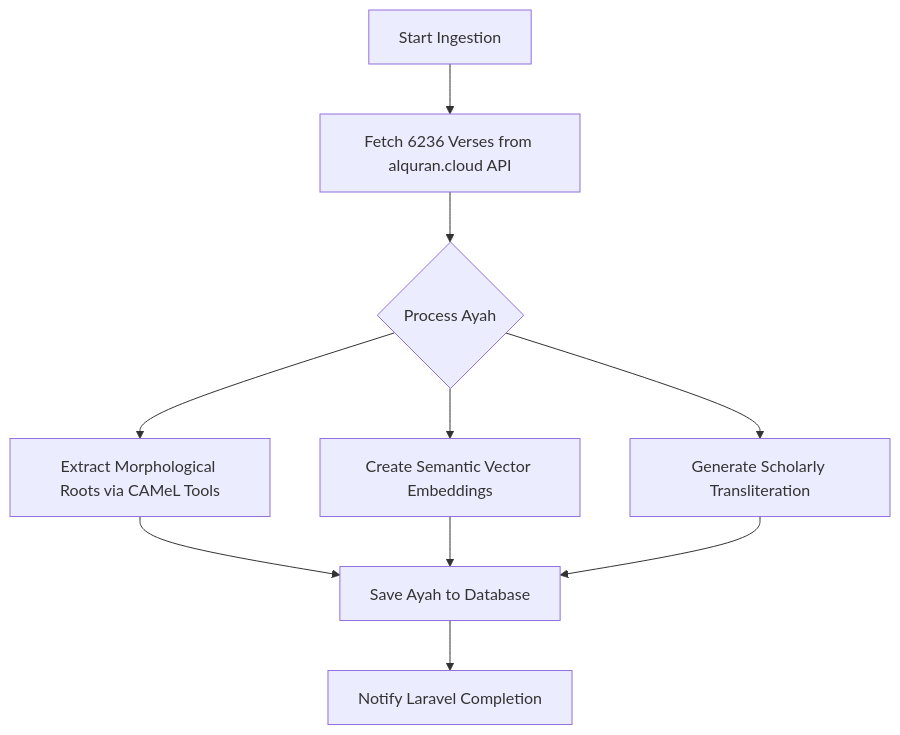
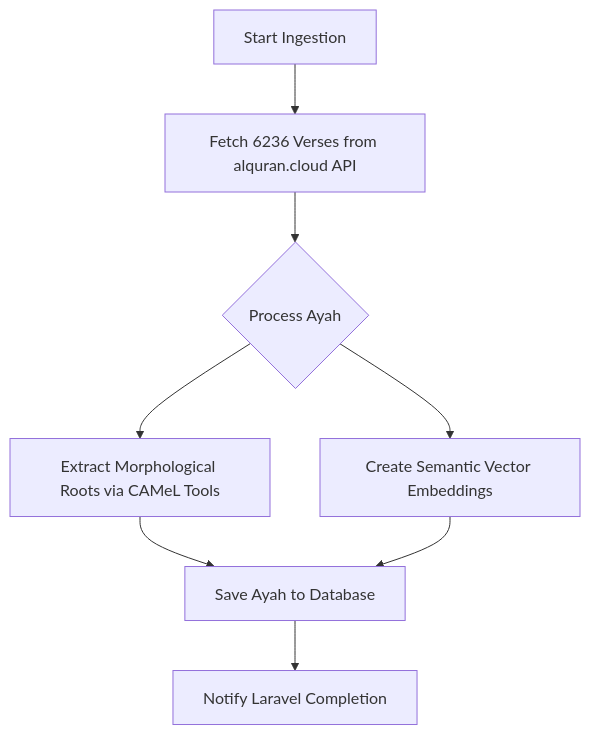
The diagram in ai-scripts/docs/quran_arabic.md (decaller/IslamResearch), drawn with Mermaid before and after one commit. The commit also changed other lines of this file and 6 other files, not shown here.

Commit message:
feat: implement Quran transliteration synchronization flow and expand database schema with additional metadata fields.

````diff
--- a/ai-scripts/docs/quran_arabic.md
+++ b/ai-scripts/docs/quran_arabic.md
@@ -14,12 +14,11 @@
 ```mermaid
 graph TD
     A[Start Ingestion] --> B[Fetch 6236 Verses from alquran.cloud API]
     B --> C{Process Ayah}
     C --> D[Extract Morphological Roots via CAMeL Tools]
     C --> E[Create Semantic Vector Embeddings]
-    C --> F[Generate Scholarly Transliteration]
-    D --> G[Save Ayah to Database]
+    G[Save Ayah to Database]
+    D --> G
     E --> G
-    F --> G
     G --> H[Notify Laravel Completion]
 ```
````
